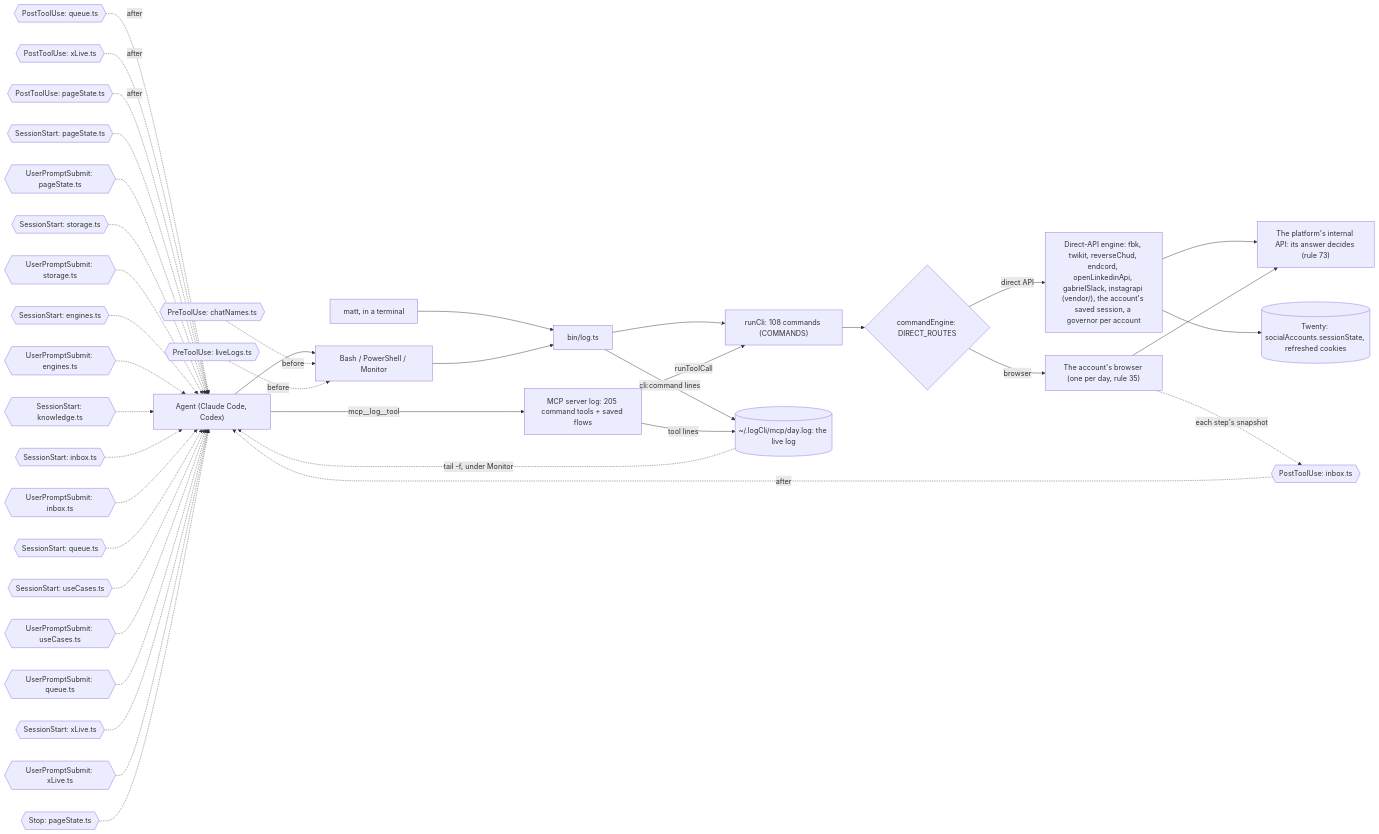
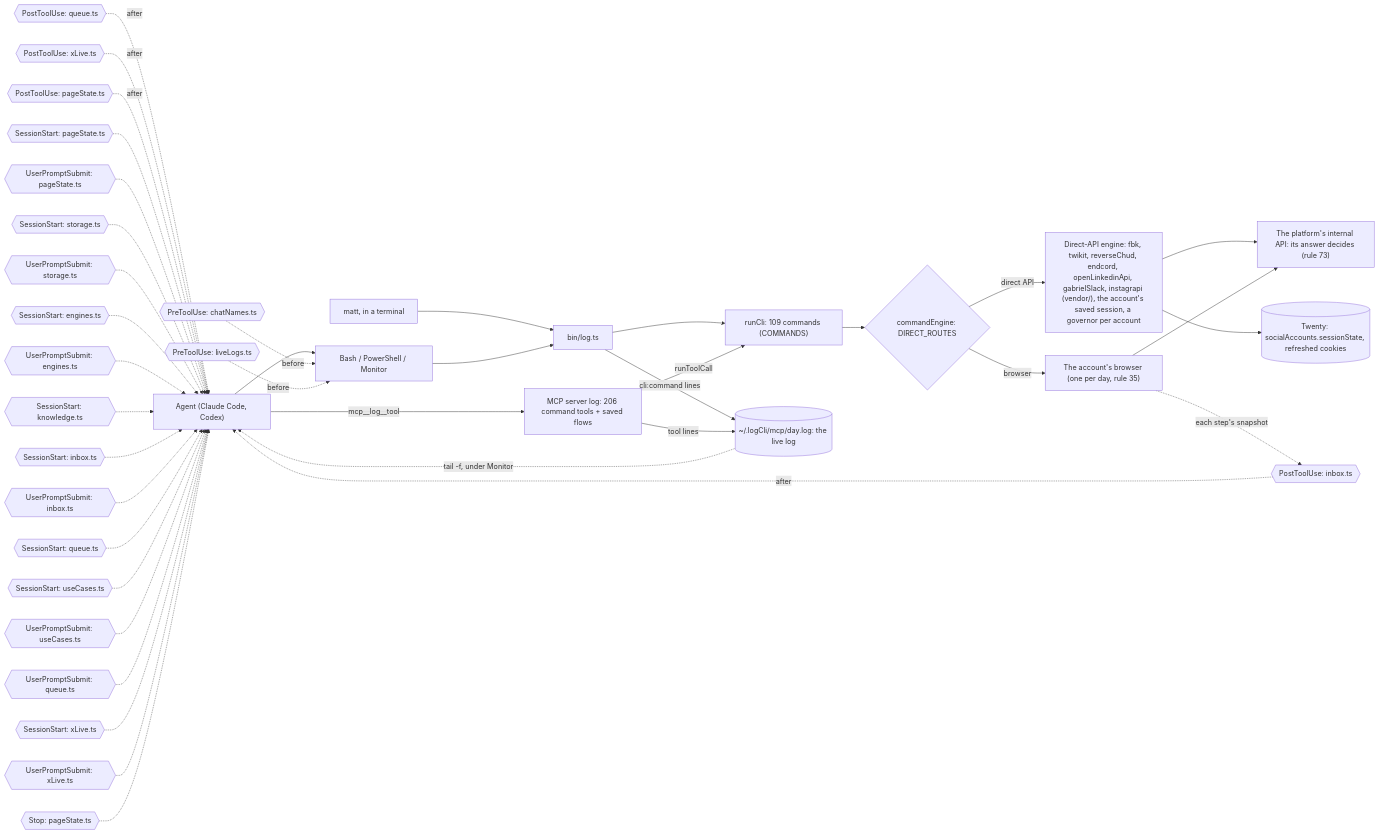
One commit to matthewdonsemail-lab/log changed the diagram in docs/diagrams/surface.mmd. Above: the diagram before and after it, drawn with Mermaid. The commit also changed 39 other files, not shown here.

First line of the commit message:
feat(mcp): report draws a report from log's block catalog in every host

```diff
--- a/docs/diagrams/surface.mmd
+++ b/docs/diagrams/surface.mmd
@@ -1,53 +1,53 @@
 %% How a call reaches log-cli. From a shell or over MCP, both run the same commands through `runCli`, write the same live log, and pass through the same hooks. `commandEngine` sends each command to the platform's direct API or to the account's browser.
 %% Written by `bun run docs:build` from the code (rule 56). Not edited by hand.
 flowchart LR
   agent["Agent (Claude Code, Codex)"]
   matt["matt, in a terminal"]
   shell["Bash / PowerShell / Monitor"]
-  mcp["MCP server log: 205 command tools + saved flows"]
+  mcp["MCP server log: 206 command tools + saved flows"]
   bin["bin/log.ts"]
-  runCli["runCli: 108 commands (COMMANDS)"]
+  runCli["runCli: 109 commands (COMMANDS)"]
   live[("~/.logCli/mcp/day.log: the live log")]
   engine{"commandEngine: DIRECT_ROUTES"}
   direct["Direct-API engine: fbk, twikit, reverseChud, endcord, openLinkedinApi, gabrielSlack, instagrapi (vendor/), the account's saved session, a governor per account"]
   browser["The account's browser (one per day, rule 35)"]
   api["The platform's internal API: its answer decides (rule 73)"]
   twenty[("Twenty: socialAccounts.sessionState, refreshed cookies")]
   agent --> shell
   matt --> bin
   shell --> bin
   agent -->|mcp__log__tool| mcp
   bin --> runCli
   mcp -->|runToolCall| runCli
   runCli --> engine
   engine -->|direct API| direct
   engine -->|browser| browser
   direct --> api
   browser --> api
   direct --> twenty
   bin -->|cli:command lines| live
   mcp -->|tool lines| live
   live -.->|tail -f, under Monitor| agent
   pre0{{"PreToolUse: chatNames.ts"}} -.->|before| shell
   pre1{{"PreToolUse: liveLogs.ts"}} -.->|before| shell
   post0{{"PostToolUse: inbox.ts"}} -.->|after| agent
   post1{{"PostToolUse: queue.ts"}} -.->|after| agent
   post2{{"PostToolUse: xLive.ts"}} -.->|after| agent
   post3{{"PostToolUse: pageState.ts"}} -.->|after| agent
   turn0{{"SessionStart: pageState.ts"}} -.-> agent
   turn1{{"UserPromptSubmit: pageState.ts"}} -.-> agent
   turn2{{"SessionStart: storage.ts"}} -.-> agent
   turn3{{"UserPromptSubmit: storage.ts"}} -.-> agent
   turn4{{"SessionStart: engines.ts"}} -.-> agent
   turn5{{"UserPromptSubmit: engines.ts"}} -.-> agent
   turn6{{"SessionStart: knowledge.ts"}} -.-> agent
   turn7{{"SessionStart: inbox.ts"}} -.-> agent
   turn8{{"UserPromptSubmit: inbox.ts"}} -.-> agent
   turn9{{"SessionStart: queue.ts"}} -.-> agent
   turn10{{"SessionStart: useCases.ts"}} -.-> agent
   turn11{{"UserPromptSubmit: useCases.ts"}} -.-> agent
   turn12{{"UserPromptSubmit: queue.ts"}} -.-> agent
   turn13{{"SessionStart: xLive.ts"}} -.-> agent
   turn14{{"UserPromptSubmit: xLive.ts"}} -.-> agent
   turn15{{"Stop: pageState.ts"}} -.-> agent
   browser -.->|each step's snapshot| post0
```
